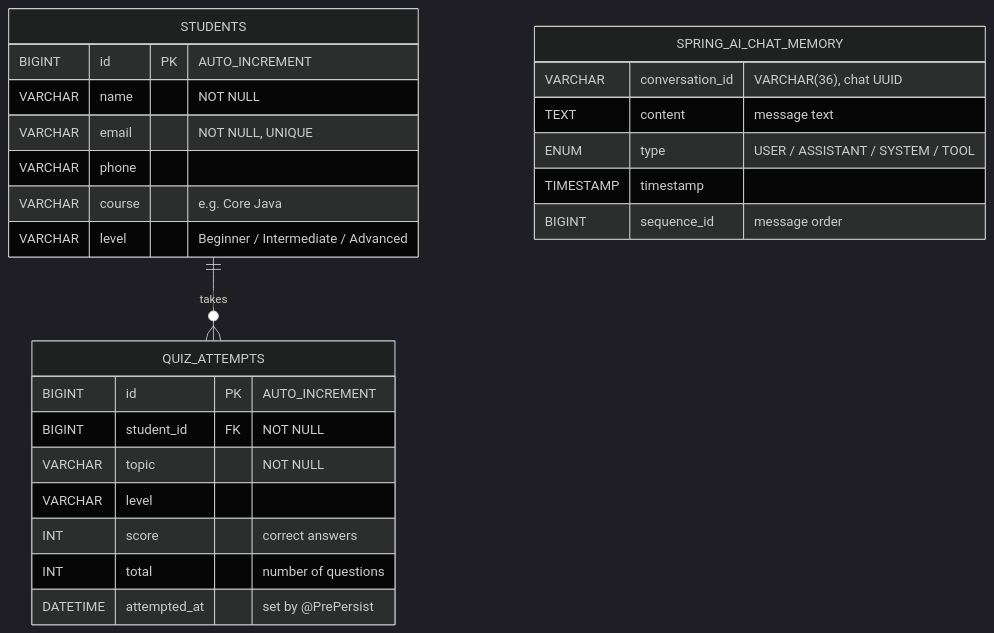
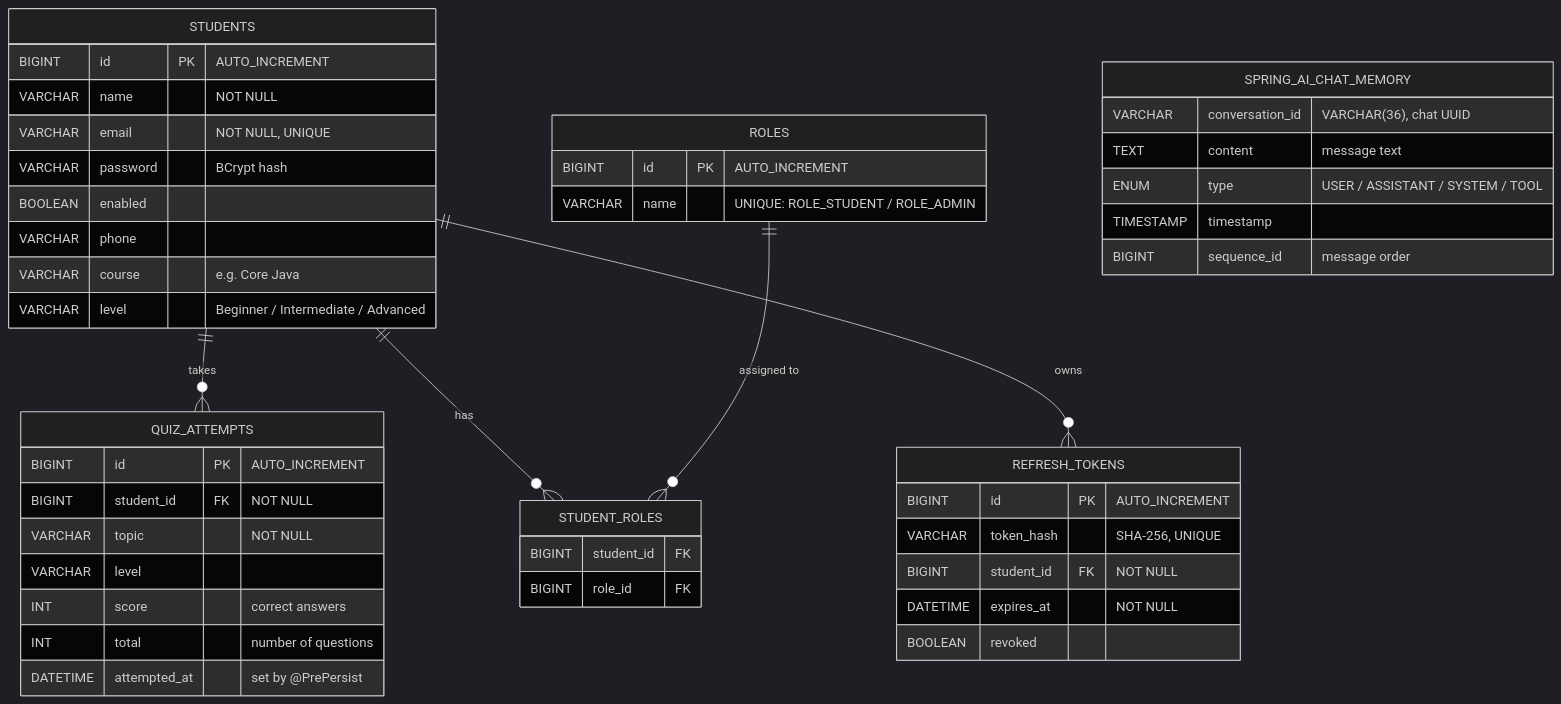
Before and after one commit to sksahabaz/java-mentor-ai: the fourth of 4 diagrams in README.md, drawn with Mermaid (dark theme). The commit also changed other lines of this file, not shown here.

Commit message:
docs: document Spring Security (JWT, refresh tokens, roles, Google OAuth2) in README

````diff
--- a/README.md
+++ b/README.md
@@ -174,28 +228,48 @@
 ```mermaid
 erDiagram
     STUDENTS ||--o{ QUIZ_ATTEMPTS : "takes"
+    STUDENTS ||--o{ STUDENT_ROLES : "has"
+    ROLES ||--o{ STUDENT_ROLES : "assigned to"
+    STUDENTS ||--o{ REFRESH_TOKENS : "owns"
     STUDENTS {
         BIGINT id PK "AUTO_INCREMENT"
         VARCHAR name "NOT NULL"
         VARCHAR email "NOT NULL, UNIQUE"
+        VARCHAR password "BCrypt hash"
+        BOOLEAN enabled
         VARCHAR phone
         VARCHAR course "e.g. Core Java"
         VARCHAR level "Beginner / Intermediate / Advanced"
+    }
+    ROLES {
+        BIGINT id PK "AUTO_INCREMENT"
+        VARCHAR name "UNIQUE: ROLE_STUDENT / ROLE_ADMIN"
+    }
+    STUDENT_ROLES {
+        BIGINT student_id FK
+        BIGINT role_id FK
+    }
+    REFRESH_TOKENS {
+        BIGINT id PK "AUTO_INCREMENT"
+        VARCHAR token_hash "SHA-256, UNIQUE"
+        BIGINT student_id FK "NOT NULL"
+        DATETIME expires_at "NOT NULL"
+        BOOLEAN revoked
     }
     QUIZ_ATTEMPTS {
         BIGINT id PK "AUTO_INCREMENT"
         BIGINT student_id FK "NOT NULL"
         VARCHAR topic "NOT NULL"
         VARCHAR level
         INT score "correct answers"
         INT total "number of questions"
         DATETIME attempted_at "set by @PrePersist"
     }
     SPRING_AI_CHAT_MEMORY {
         VARCHAR conversation_id "VARCHAR(36), chat UUID"
         TEXT content "message text"
         ENUM type "USER / ASSISTANT / SYSTEM / TOOL"
         TIMESTAMP timestamp
         BIGINT sequence_id "message order"
     }
 ```
````
